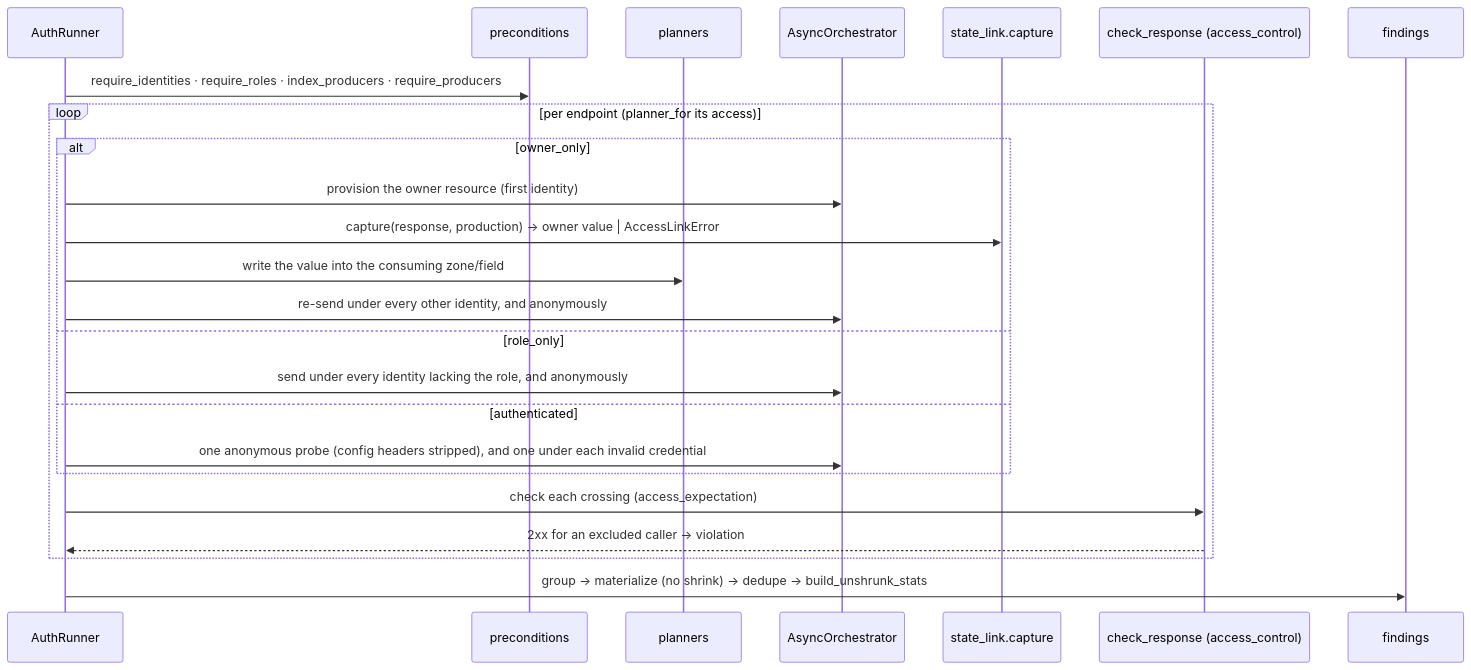
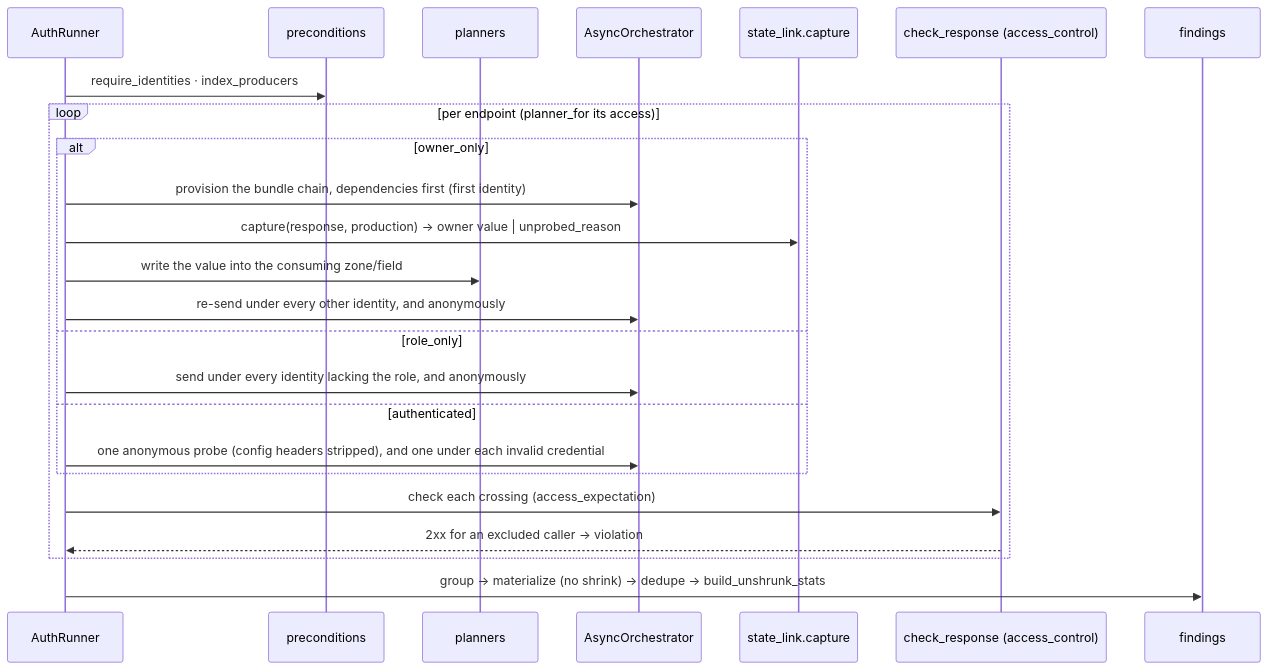
One commit to Spec-Forge-Testing/specforge-docs changed the sixth of 6 diagrams in docs/modules/specforge-engine/execution-modes.md. Above: the diagram before and after it, drawn with Mermaid. The commit also changed other lines of this file and 5 other files, not shown here.

````diff
--- a/docs/modules/specforge-engine/execution-modes.md
+++ b/docs/modules/specforge-engine/execution-modes.md
@@ -446,27 +457,27 @@
 ```mermaid
 sequenceDiagram
     participant AR as AuthRunner
     participant Pre as preconditions
     participant Pl as planners
     participant Orch as AsyncOrchestrator
     participant Cap as state_link.capture
     participant Or as check_response (access_control)
     participant Fnd as findings
 
-    AR->>Pre: require_identities · require_roles · index_producers · require_producers
+    AR->>Pre: require_identities · index_producers
     loop per endpoint (planner_for its access)
         alt owner_only
-            AR->>Orch: provision the owner resource (first identity)
-            AR->>Cap: capture(response, production) → owner value | AccessLinkError
+            AR->>Orch: provision the bundle chain, dependencies first (first identity)
+            AR->>Cap: capture(response, production) → owner value | unprobed_reason
             AR->>Pl: write the value into the consuming zone/field
             AR->>Orch: re-send under every other identity, and anonymously
         else role_only
             AR->>Orch: send under every identity lacking the role, and anonymously
         else authenticated
             AR->>Orch: one anonymous probe (config headers stripped), and one under each invalid credential
         end
         AR->>Or: check each crossing (access_expectation)
         Or-->>AR: 2xx for an excluded caller → violation
     end
     AR->>Fnd: group → materialize (no shrink) → dedupe → build_unshrunk_stats
 ```
````
